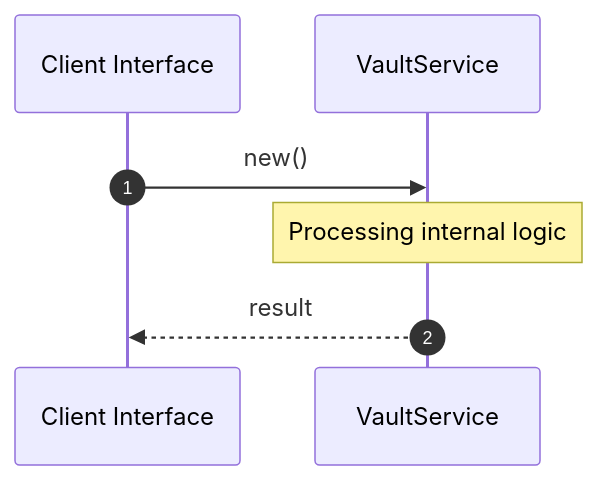
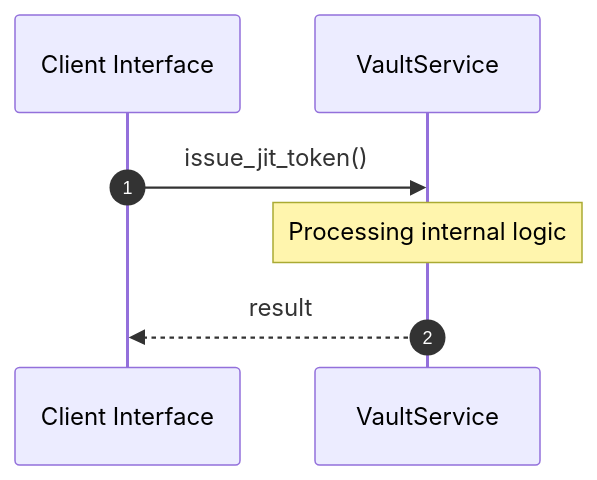
Before and after one commit to lgcorzo/rust_CACD_autonomous_factory: the second of 2 diagrams in openwiki/crates_factory-infrastructure_src_vault_rs.md, drawn with Mermaid. The commit also changed other lines of this file and 76 other files, not shown here.

````diff
--- a/openwiki/crates_factory-infrastructure_src_vault_rs.md
+++ b/openwiki/crates_factory-infrastructure_src_vault_rs.md
@@ -95,10 +95,10 @@
 ```mermaid
 sequenceDiagram
     autonumber
     participant Caller as Client Interface
     participant Svc as VaultService
-    Caller->>Svc: new()
+    Caller->>Svc: issue_jit_token()
     Note over Svc: Processing internal logic
     Svc-->>Caller: result
 
 ```
````
